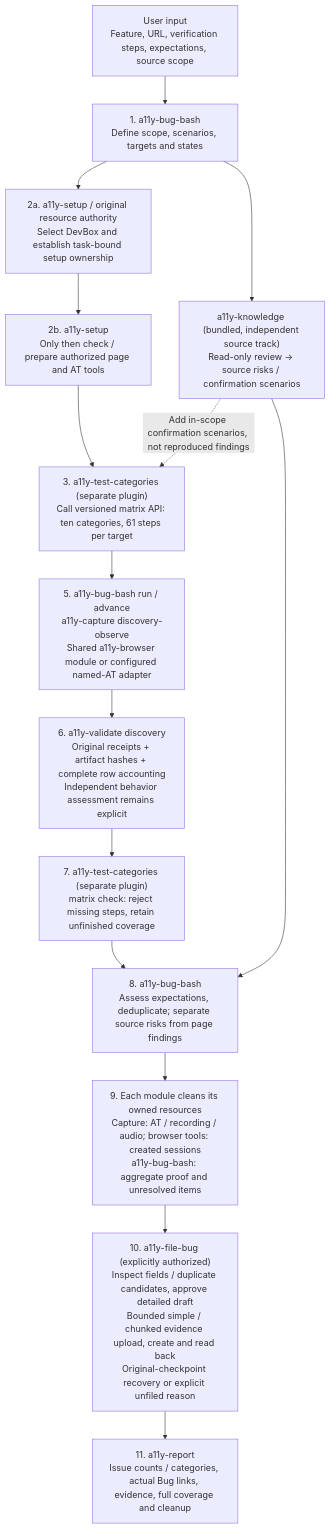
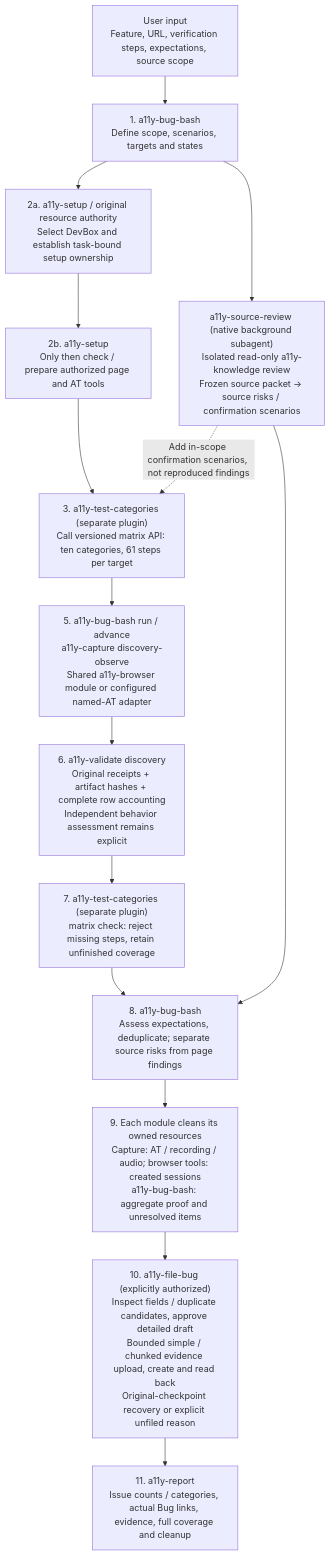
The first of 2 diagrams in docs/BUG-BASH-ARCHITECTURE.md (kaixun96/dev.A11yAssist), drawn with Mermaid before and after one commit. The commit also changed other lines of this file and 95 other files, not shown here.

First line of the commit message:
Run new Bug Bash source lanes through isolated native subagents

````diff
--- a/docs/BUG-BASH-ARCHITECTURE.md
+++ b/docs/BUG-BASH-ARCHITECTURE.md
@@ -96,21 +104,21 @@
 ```mermaid
 flowchart TD
     U["User input<br/>Feature, URL, verification steps, expectations, source scope"]
     P["1. a11y-bug-bash<br/>Define scope, scenarios, targets and states"]
     R["2a. a11y-setup / original resource authority<br/>Select DevBox and establish task-bound setup ownership"]
     S["2b. a11y-setup<br/>Only then check / prepare authorized page and AT tools"]
     C["3. a11y-test-categories (separate plugin)<br/>Call versioned matrix API: ten categories, 61 steps per target"]
     E["5. a11y-bug-bash run / advance<br/>a11y-capture discovery-observe<br/>Shared a11y-browser module or configured named-AT adapter"]
-    K["a11y-knowledge (bundled, independent source track)<br/>Read-only review → source risks / confirmation scenarios"]
+    K["a11y-source-review (native background subagent)<br/>Isolated read-only a11y-knowledge review<br/>Frozen source packet → source risks / confirmation scenarios"]
     V["6. a11y-validate discovery<br/>Original receipts + artifact hashes + complete row accounting<br/>Independent behavior assessment remains explicit"]
     G["7. a11y-test-categories (separate plugin)<br/>matrix check: reject missing steps, retain unfinished coverage"]
     A["8. a11y-bug-bash<br/>Assess expectations, deduplicate; separate source risks from page findings"]
     O["9. Each module cleans its owned resources<br/>Capture: AT / recording / audio; browser tools: created sessions<br/>a11y-bug-bash: aggregate proof and unresolved items"]
     B["10. a11y-file-bug (explicitly authorized)<br/>Inspect fields / duplicate candidates, approve detailed draft<br/>Bounded simple / chunked evidence upload, create and read back<br/>Original-checkpoint recovery or explicit unfiled reason"]
     F["11. a11y-report<br/>Issue counts / categories, actual Bug links, evidence, full coverage and cleanup"]
     U --> P
     P --> R --> S --> C --> E --> V --> G --> A --> O --> B --> F
     P --> K
     K --> A
     K -. "Add in-scope confirmation scenarios, not reproduced findings" .-> C
 ```
````
